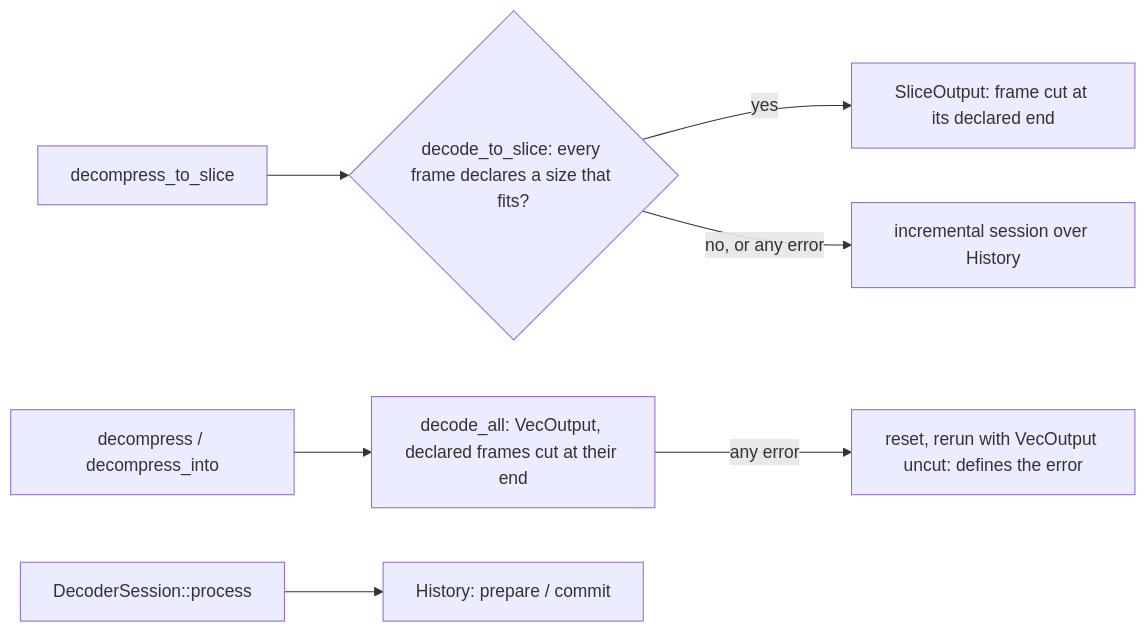
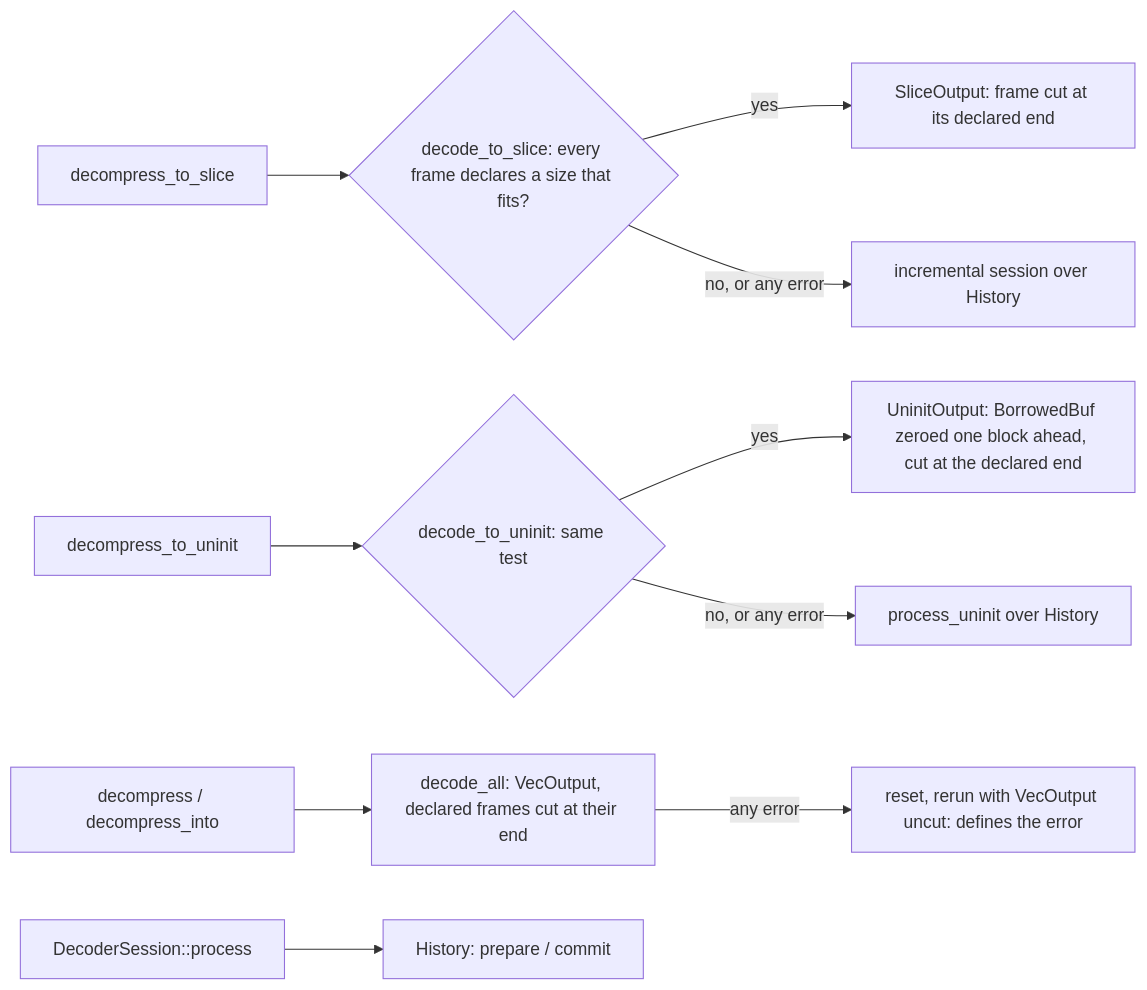
Before and after one commit to M-Compressors/mzstd: the fifth of 6 diagrams in architecture/decoder-performance.md, drawn with Mermaid. The commit also changed other lines of this file and 24 other files, not shown here.

Commit message:
Impl decompress uninit, unset params and skippable frames

````diff
--- a/architecture/decoder-performance.md
+++ b/architecture/decoder-performance.md
@@ -233,9 +233,12 @@
 ```mermaid
 flowchart LR
     ToSlice[decompress_to_slice] --> Direct{decode_to_slice: every frame declares a size that fits?}
     Direct -->|yes| Slice[SliceOutput: frame cut at its declared end]
     Direct -->|no, or any error| Session[incremental session over History]
+    ToUninit[decompress_to_uninit] --> DirectU{decode_to_uninit: same test}
+    DirectU -->|yes| Uninit[UninitOutput: BorrowedBuf zeroed one block ahead, cut at the declared end]
+    DirectU -->|no, or any error| SessionU[process_uninit over History]
     Into[decompress / decompress_into] --> Cut[decode_all: VecOutput, declared frames cut at their end]
     Cut -->|any error| Uncut[reset, rerun with VecOutput uncut: defines the error]
     Process[DecoderSession::process] --> History[History: prepare / commit]
 ```
````
